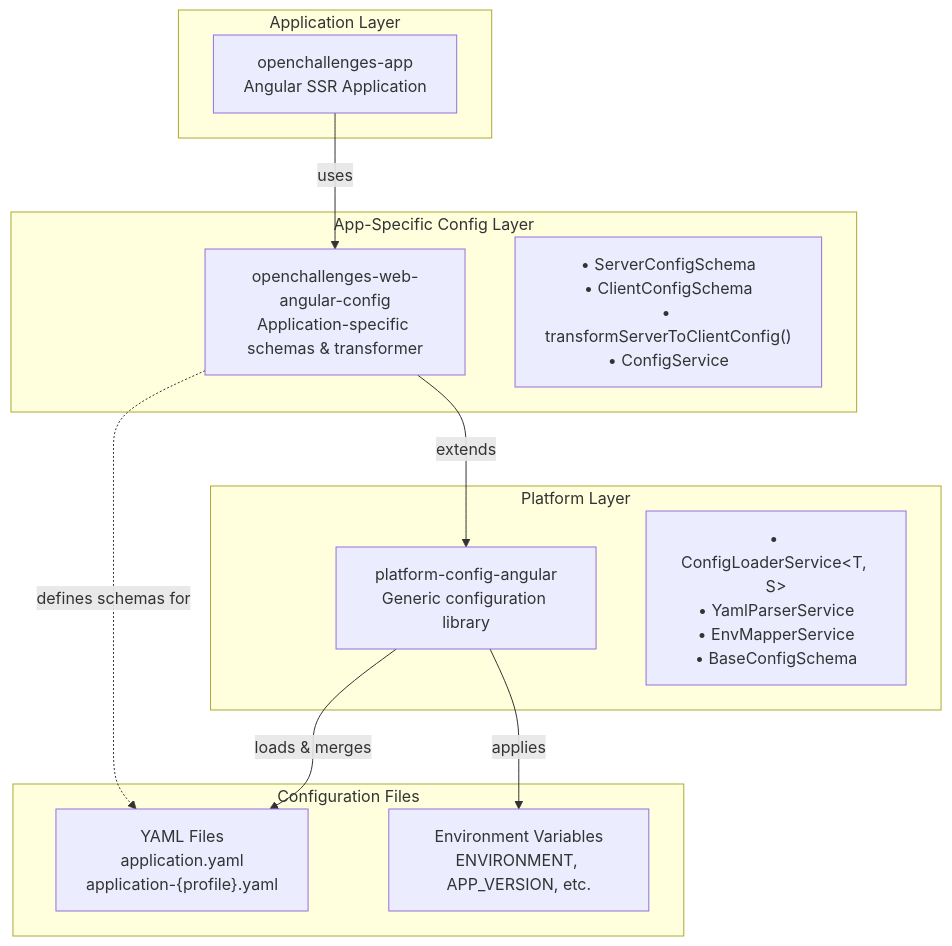
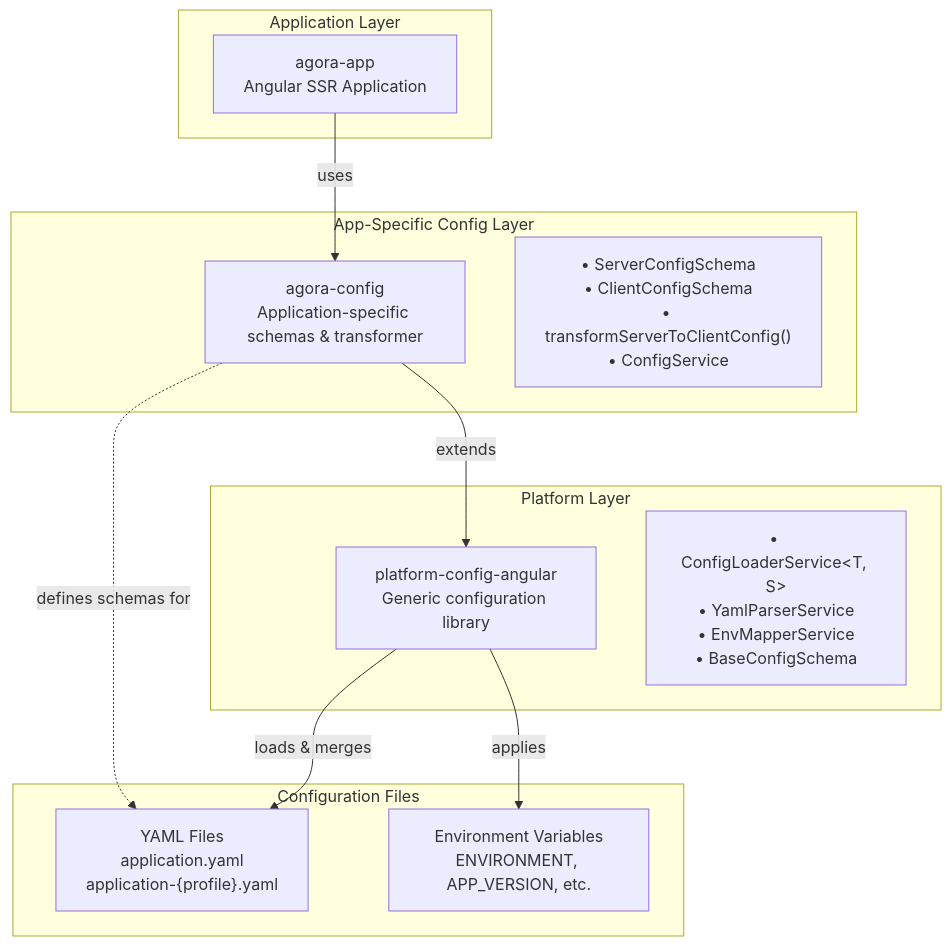
The diagram in libs/platform/config/angular/README.md (Sage-Bionetworks/sage-monorepo), drawn with Mermaid before and after one commit. The commit also changed other lines of this file and 1662 other files, not shown here.

````diff
--- a/libs/platform/config/angular/README.md
+++ b/libs/platform/config/angular/README.md
@@ -22,27 +22,27 @@
 ```mermaid
 graph TB
     subgraph "Application Layer"
-        APP[openchallenges-app<br/>Angular SSR Application]
+        APP[agora-app<br/>Angular SSR Application]
     end
 
     subgraph "App-Specific Config Layer"
-        APP_CONFIG[openchallenges-web-angular-config<br/>Application-specific schemas & transformer]
+        APP_CONFIG[agora-config<br/>Application-specific schemas & transformer]
         APP_CONFIG_ITEMS["• ServerConfigSchema<br/>• ClientConfigSchema<br/>• transformServerToClientConfig()<br/>• ConfigService"]
     end
 
     subgraph "Platform Layer"
         PLATFORM_CONFIG[platform-config-angular<br/>Generic configuration library]
         PLATFORM_CONFIG_ITEMS["• ConfigLoaderService&lt;T, S&gt;<br/>• YamlParserService<br/>• EnvMapperService<br/>• BaseConfigSchema"]
     end
 
     subgraph "Configuration Files"
         YAML_FILES["YAML Files<br/>application.yaml<br/>application-{profile}.yaml"]
         ENV_VARS["Environment Variables<br/>ENVIRONMENT, APP_VERSION, etc."]
     end
 
     APP -->|uses| APP_CONFIG
     APP_CONFIG -->|extends| PLATFORM_CONFIG
     APP_CONFIG -.->|defines schemas for| YAML_FILES
     PLATFORM_CONFIG -->|loads & merges| YAML_FILES
     PLATFORM_CONFIG -->|applies| ENV_VARS
 ```
````
